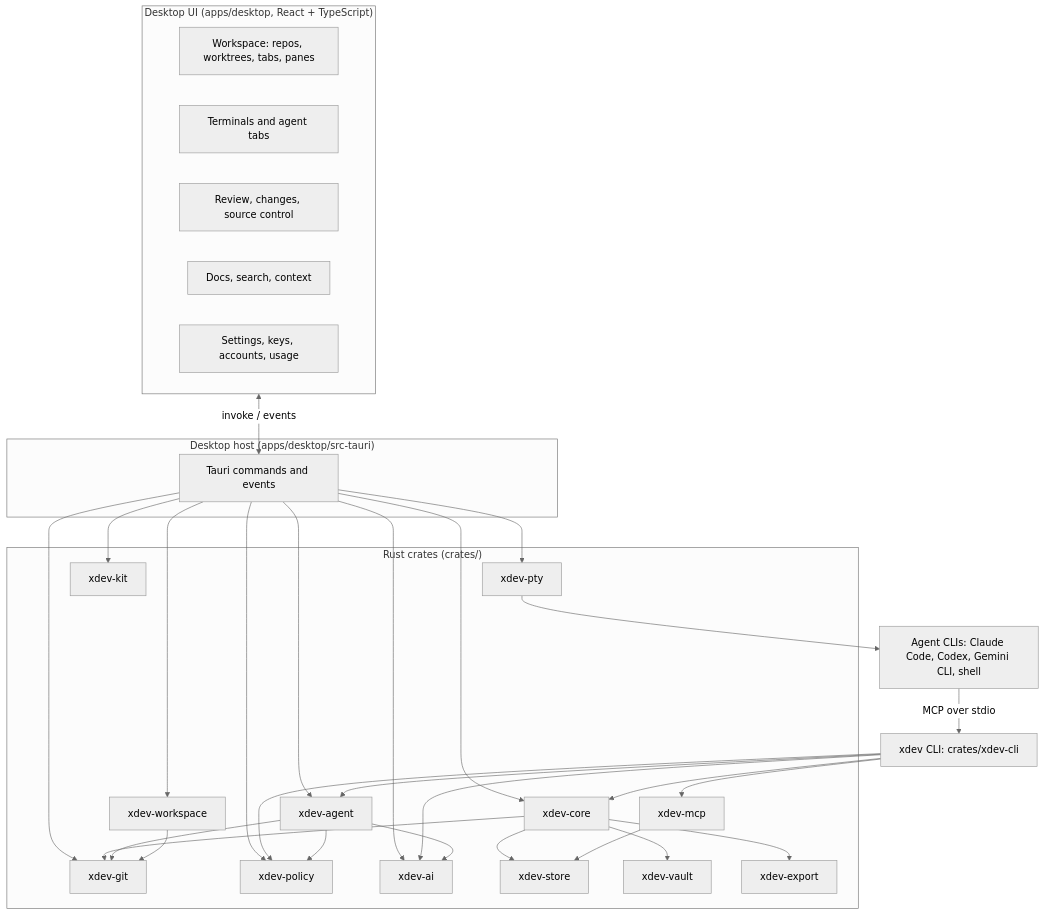
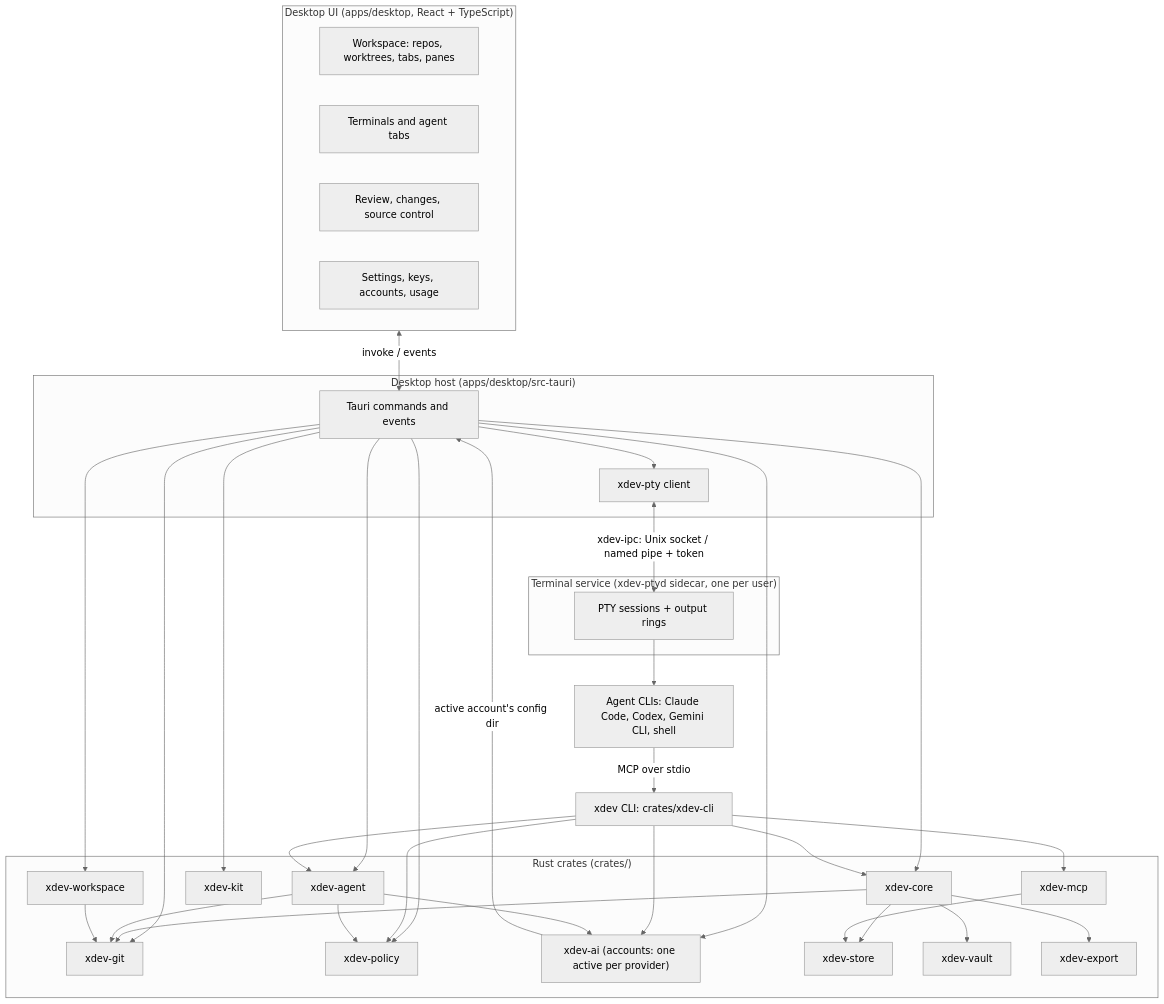
One commit to xdev-asia/xdev changed the diagram in docs/architecture.md. Above: the diagram before and after it, drawn with Mermaid (neutral theme). The commit also changed other lines of this file and 1 other file, not shown here.

Commit message:
docs: update architecture for terminal service and active accounts

````diff
--- a/docs/architecture.md
+++ b/docs/architecture.md
@@ -9,42 +9,48 @@
 ```mermaid
 flowchart TB
   subgraph UI["Desktop UI (apps/desktop, React + TypeScript)"]
     WS[Workspace: repos, worktrees, tabs, panes]
     TERM[Terminals and agent tabs]
     REV[Review, changes, source control]
-    DOCS[Docs, search, context]
     SET[Settings, keys, accounts, usage]
   end
 
   subgraph HOST["Desktop host (apps/desktop/src-tauri)"]
     CMD[Tauri commands and events]
+    PTYC["xdev-pty client"]
+  end
+
+  subgraph SVC["Terminal service (xdev-ptyd sidecar, one per user)"]
+    SESS["PTY sessions + output rings"]
   end
 
   subgraph CORE["Rust crates (crates/)"]
     workspace[xdev-workspace]
-    pty[xdev-pty]
     agent[xdev-agent]
     kit[xdev-kit]
     git[xdev-git]
     core[xdev-core]
     policy[xdev-policy]
-    ai[xdev-ai]
+    ai["xdev-ai (accounts: one active per provider)"]
     store[xdev-store]
     vault[xdev-vault]
     export[xdev-export]
     mcp[xdev-mcp]
   end
 
   CLI[xdev CLI: crates/xdev-cli]
   AGENTS[Agent CLIs: Claude Code, Codex, Gemini CLI, shell]
 
   UI <-->|invoke / events| CMD
-  CMD --> workspace & pty & agent & kit & git & core & policy & ai
-  pty --> AGENTS
+  CMD --> workspace & agent & kit & git & core & policy & ai
+  CMD --> PTYC
+  PTYC <-->|"xdev-ipc: Unix socket / named pipe + token"| SESS
+  SESS --> AGENTS
+  ai -->|"active account's config dir"| CMD
   AGENTS -->|MCP over stdio| CLI
   CLI --> mcp & core & agent & policy & ai
   core --> vault & store & git & export
   mcp --> store
   agent --> git & policy & ai
   workspace --> git
 ```
````
